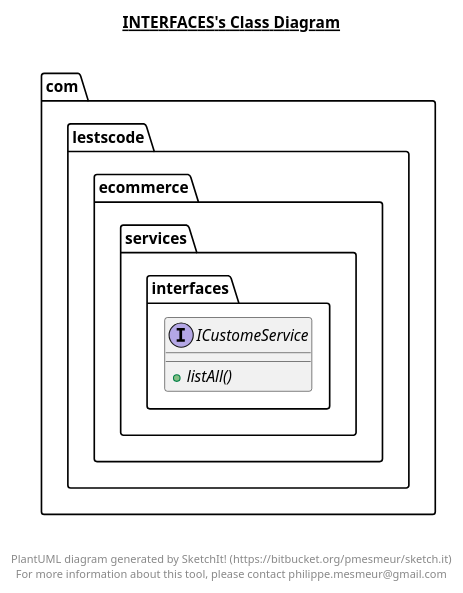
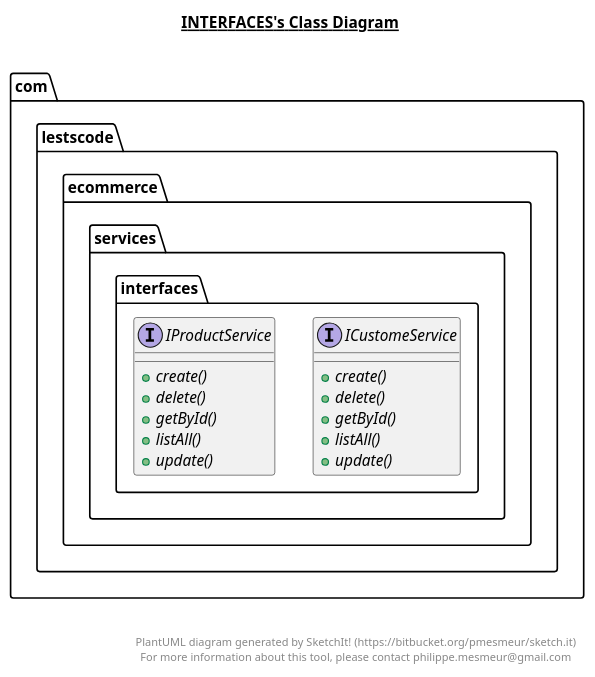
The diagram in src/main/java/com/lestscode/ecommerce/services/interfaces/interfaces.plantuml (heyder48/ecommerce), drawn with PlantUML before and after one commit. The commit also changed 18 other files, not shown here.

```diff
--- a/src/main/java/com/lestscode/ecommerce/services/interfaces/interfaces.plantuml
+++ b/src/main/java/com/lestscode/ecommerce/services/interfaces/interfaces.plantuml
@@ -1,25 +1,44 @@
 @startuml
 
 title __INTERFACES's Class Diagram__\n
 
   namespace com.lestscode.ecommerce {
     namespace services {
       namespace interfaces {
         interface com.lestscode.ecommerce.services.interfaces.ICustomeService {
+            {abstract} + create()
+            {abstract} + delete()
+            {abstract} + getById()
             {abstract} + listAll()
+            {abstract} + update()
+        }
+      }
+    }
+  }
+  
+
+  namespace com.lestscode.ecommerce {
+    namespace services {
+      namespace interfaces {
+        interface com.lestscode.ecommerce.services.interfaces.IProductService {
+            {abstract} + create()
+            {abstract} + delete()
+            {abstract} + getById()
+            {abstract} + listAll()
+            {abstract} + update()
         }
       }
     }
   }
   
 
 
 
 right footer
 
 
 PlantUML diagram generated by SketchIt! (https://bitbucket.org/pmesmeur/sketch.it)
 For more information about this tool, please contact philippe.mesmeur@gmail.com
 endfooter
 
 @enduml
```
